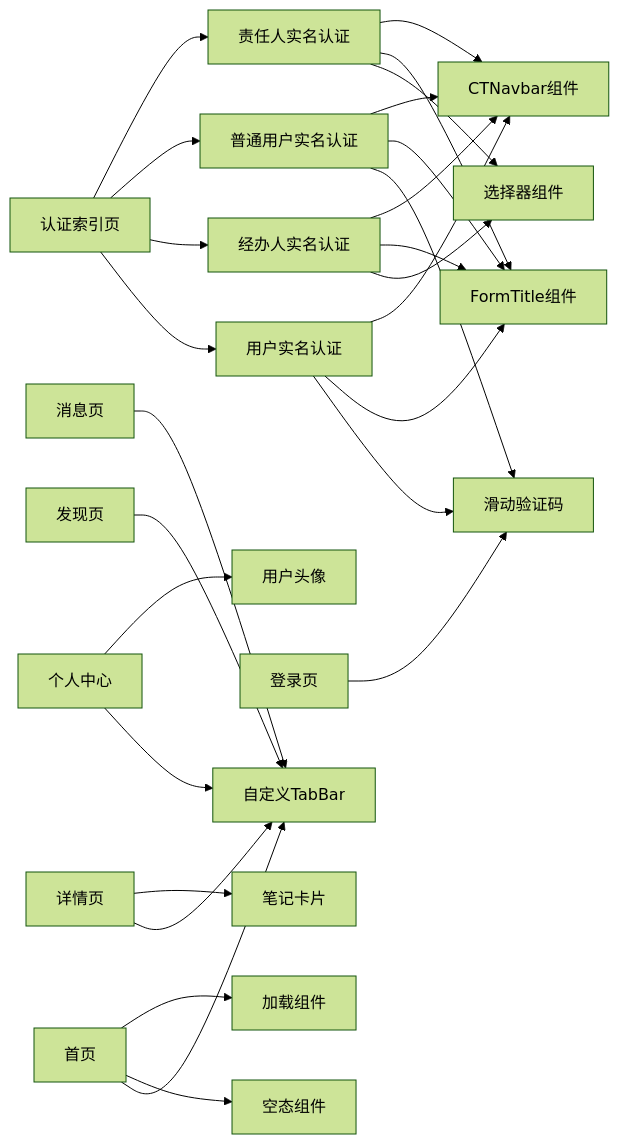
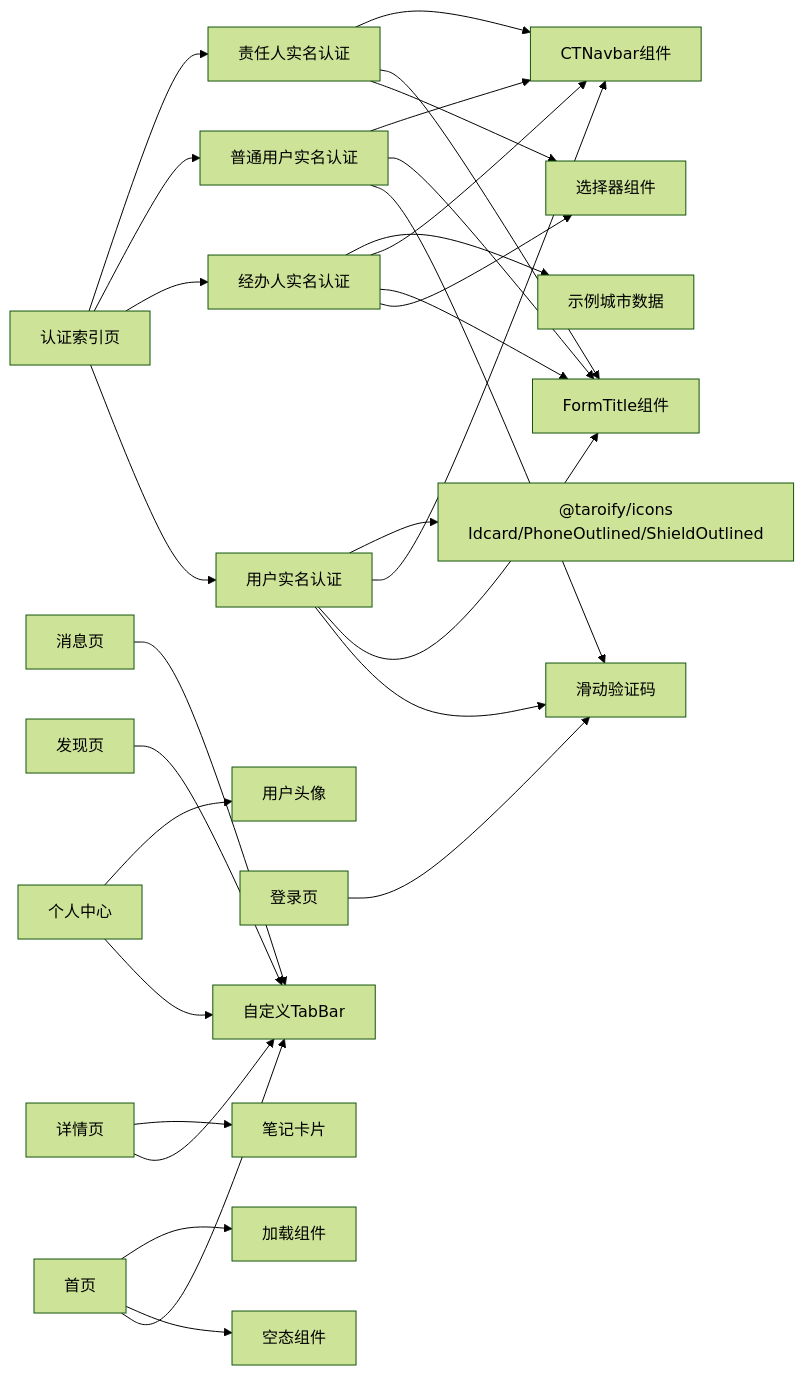
Before and after one commit to zuolinbao/redbook: diagram 13 of 13 in .qoder/repowiki/zh/content/页面组件.md, drawn with Mermaid (forest theme). The commit also changed other lines of this file and 4 other files, not shown here.

Commit message:
feat: 将userRealName和ordinaryuserRealName页面的Field label改为图标形式

````diff
--- a/.qoder/repowiki/zh/content/页面组件.md
+++ b/.qoder/repowiki/zh/content/页面组件.md
@@ -630,29 +642,31 @@
 ```mermaid
 graph LR
 INDEX["认证索引页"] --> USERREALNAME["用户实名认证"]
 INDEX --> OPERATORREALNAME["经办人实名认证"]
 INDEX --> ORDINARYUSERREALNAME["普通用户实名认证"]
 INDEX --> RESPONSIBLEREALNAME["责任人实名认证"]
 HOME["首页"] --> TAB["自定义TabBar"]
 DETAIL["详情页"] --> TAB
 PROFILE["个人中心"] --> TAB
 DISCOVER["发现页"] --> TAB
 MESSAGE["消息页"] --> TAB
 LOGIN["登录页"] --> SLIDER["滑动验证码"]
 HOME --> EMPTY["空态组件"]
 HOME --> LOAD["加载组件"]
 DETAIL --> CARD["笔记卡片"]
 PROFILE --> AVA["用户头像"]
 USERREALNAME --> SLIDER
 USERREALNAME --> FORMTITLE["FormTitle组件"]
 USERREALNAME --> CTNAVBAR["CTNavbar组件"]
+USERREALNAME --> ICONS["@taroify/icons<br/>Idcard/PhoneOutlined/ShieldOutlined"]
 OPERATORREALNAME --> PICKER["选择器组件"]
 OPERATORREALNAME --> FORMTITLE
 OPERATORREALNAME --> CTNAVBAR
+OPERATORREALNAME --> SAMPLEDATA["示例城市数据"]
 ORDINARYUSERREALNAME --> SLIDER
 ORDINARYUSERREALNAME --> FORMTITLE
 ORDINARYUSERREALNAME --> CTNAVBAR
 RESPONSIBLEREALNAME --> PICKER
 RESPONSIBLEREALNAME --> FORMTITLE
 RESPONSIBLEREALNAME --> CTNAVBAR
 ```
````
